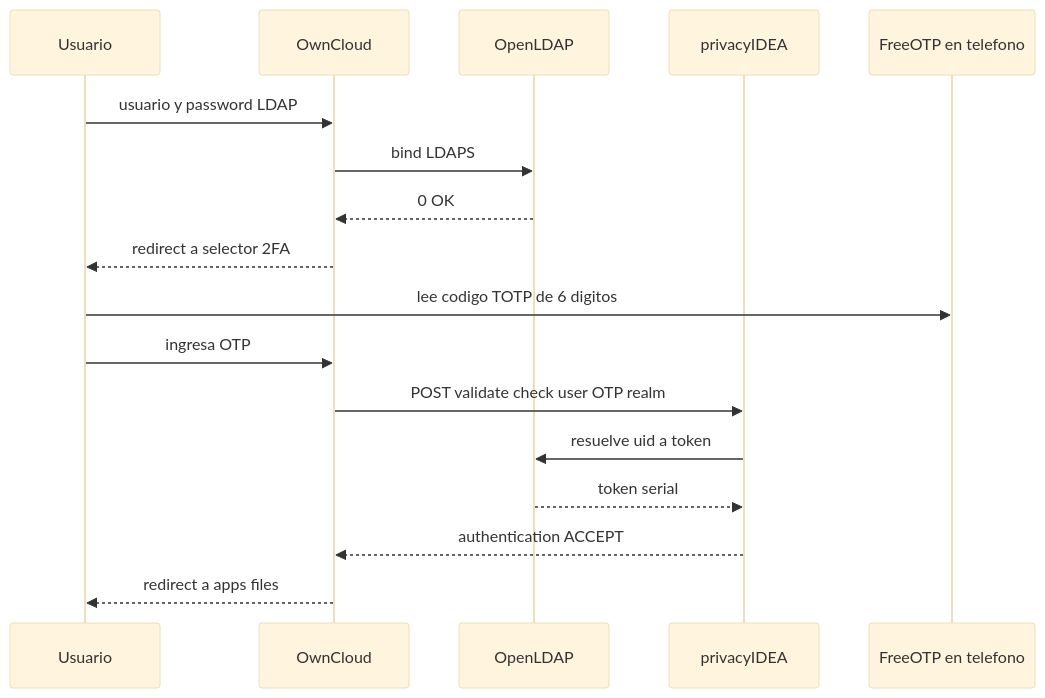
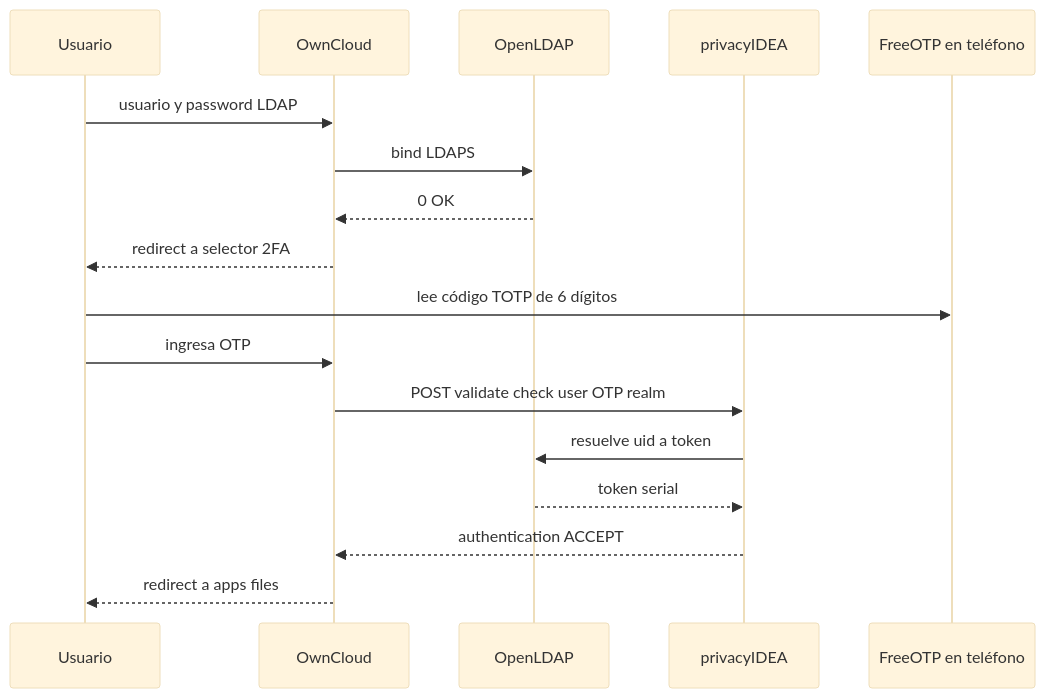
One commit to chochy2001/otp-secured-cloud changed the second of 3 diagrams in docs/arquitectura.md. Above: the diagram before and after it, drawn with Mermaid (base theme). The commit also changed other lines of this file and 8 other files, not shown here.

````diff
--- a/docs/arquitectura.md
+++ b/docs/arquitectura.md
@@ -112,20 +112,20 @@
 ```mermaid
 sequenceDiagram
   participant U as Usuario
   participant OC as OwnCloud
   participant LD as OpenLDAP
   participant PI as privacyIDEA
-  participant FO as FreeOTP en telefono
+  participant FO as FreeOTP en teléfono
 
   U->>OC: usuario y password LDAP
   OC->>LD: bind LDAPS
   LD-->>OC: 0 OK
   OC-->>U: redirect a selector 2FA
-  U->>FO: lee codigo TOTP de 6 digitos
+  U->>FO: lee código TOTP de 6 dígitos
   U->>OC: ingresa OTP
   OC->>PI: POST validate check user OTP realm
   PI->>LD: resuelve uid a token
   LD-->>PI: token serial
   PI-->>OC: authentication ACCEPT
   OC-->>U: redirect a apps files
 ```
````
